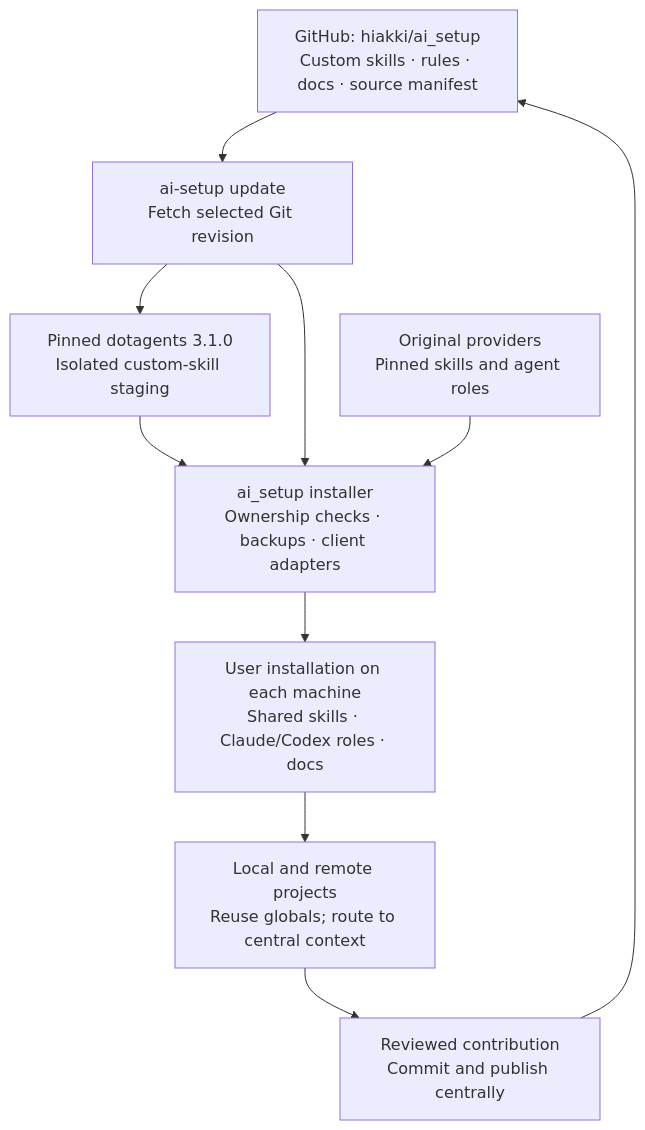
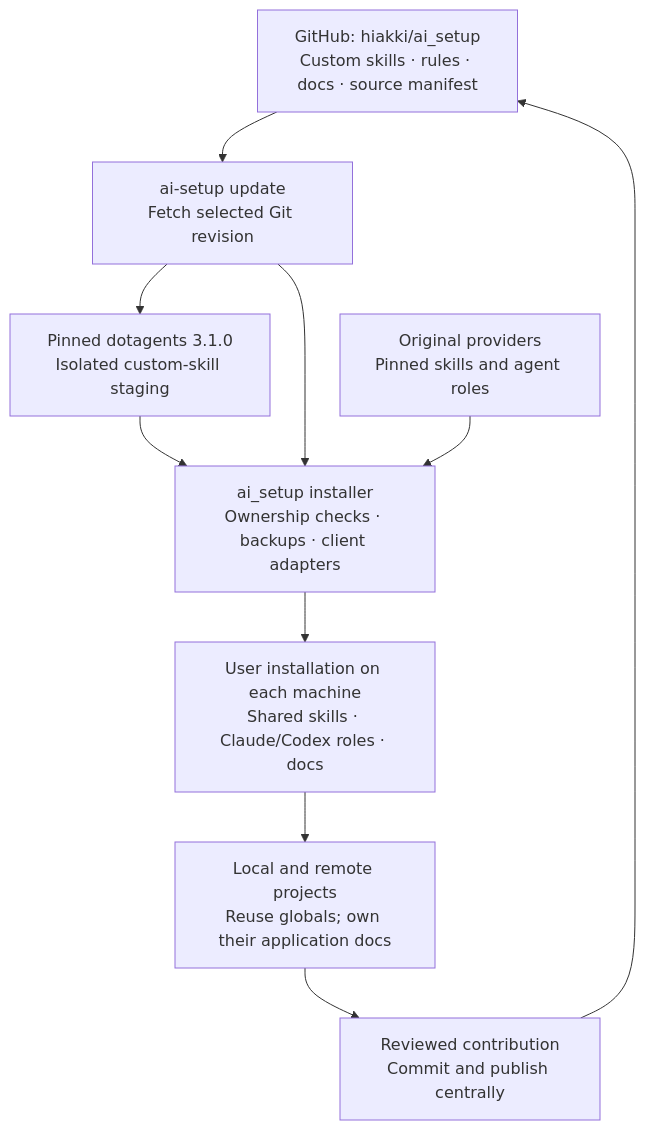
The diagram in docs/CENTRAL_AI_HUB.md (hiakki/ai_setup), drawn with Mermaid before and after one commit. The commit also changed other lines of this file and 17 other files, not shown here.

````diff
--- a/docs/CENTRAL_AI_HUB.md
+++ b/docs/CENTRAL_AI_HUB.md
@@ -19,17 +19,17 @@
 ```mermaid
 flowchart TD
     A["GitHub: hiakki/ai_setup<br/>Custom skills · rules · docs · source manifest"]
     B["ai-setup update<br/>Fetch selected Git revision"]
     C["Pinned dotagents 3.1.0<br/>Isolated custom-skill staging"]
     D["ai_setup installer<br/>Ownership checks · backups · client adapters"]
     E["Original providers<br/>Pinned skills and agent roles"]
     F["User installation on each machine<br/>Shared skills · Claude/Codex roles · docs"]
-    G["Local and remote projects<br/>Reuse globals; route to central context"]
+    G["Local and remote projects<br/>Reuse globals; own their application docs"]
     H["Reviewed contribution<br/>Commit and publish centrally"]
     A --> B
     B --> C --> D
     B --> D
     E --> D
     D --> F --> G
     G --> H --> A
 ```
````
